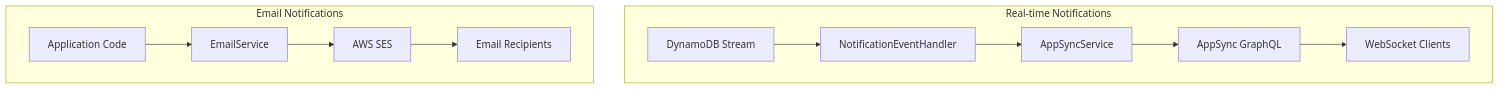
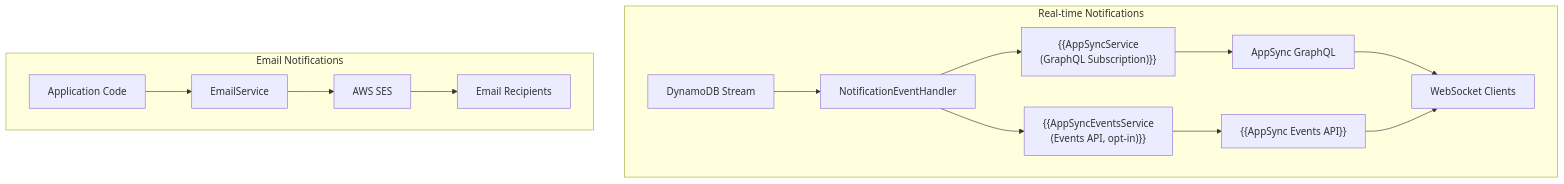
Before and after one commit to mbc-net/mbc-cqrs-serverless-doc: the diagram in i18n/en/docusaurus-plugin-content-docs/current/notification-module.md, drawn with Mermaid. The commit also changed other lines of this file and 14 other files, not shown here.

First line of the commit message:
docs: update notification docs for v1.3.0 AppSync Events API support

````diff
--- a/i18n/en/docusaurus-plugin-content-docs/current/notification-module.md
+++ b/i18n/en/docusaurus-plugin-content-docs/current/notification-module.md
@@ -14,15 +14,18 @@
 ```mermaid
 graph TB
     subgraph "Real-time Notifications"
         A["DynamoDB Stream"] --> B["NotificationEventHandler"]
-        B --> C["AppSyncService"]
+        B --> C["{{AppSyncService\n(GraphQL Subscription)}}"]
+        B --> C2["{{AppSyncEventsService\n(Events API, opt-in)}}"]
         C --> D["AppSync GraphQL"]
+        C2 --> D2["{{AppSync Events API}}"]
         D --> E["WebSocket Clients"]
+        D2 --> E
     end
 
     subgraph "Email Notifications"
         F["Application Code"] --> G["EmailService"]
         G --> H["AWS SES"]
         H --> I["Email Recipients"]
     end
 ```
````
